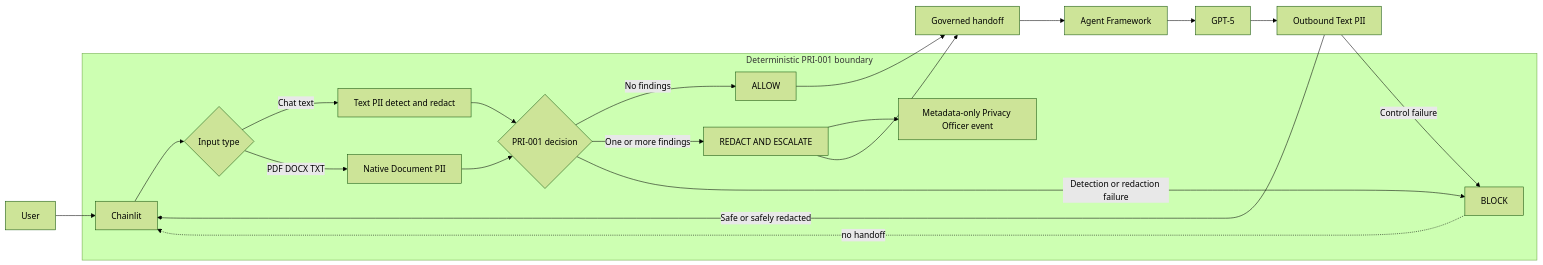
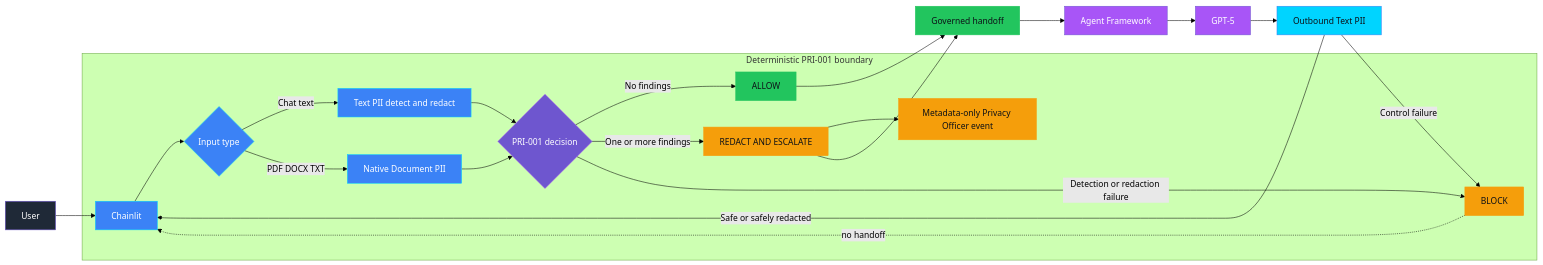
The first of 2 diagrams in controls/privacy/PRI-001_pii_exposure/README.md (doruit/forged-with-foundry), drawn with Mermaid (forest theme) before and after one commit. The commit also changed other lines of this file and 167 other files, not shown here.

````diff
--- a/controls/privacy/PRI-001_pii_exposure/README.md
+++ b/controls/privacy/PRI-001_pii_exposure/README.md
@@ -48,25 +56,40 @@
 ```mermaid
 flowchart LR
     U[User] --> UI[Chainlit]
 
     subgraph B[Deterministic PRI-001 boundary]
         UI --> T{Input type}
         T -->|Chat text| TP[Text PII detect and redact]
         T -->|PDF DOCX TXT| DP[Native Document PII]
         TP --> P{PRI-001 decision}
         DP --> P
         P -->|No findings| A[ALLOW]
         P -->|One or more findings| RE[REDACT AND ESCALATE]
         P -->|Detection or redaction failure| BL[BLOCK]
         RE --> ES[Metadata-only Privacy Officer event]
     end
 
     A --> H[Governed handoff]
     RE --> H
     BL -. no handoff .-> UI
     H --> AF[Agent Framework]
     AF --> M[GPT-5]
     M --> OP[Outbound Text PII]
     OP -->|Safe or safely redacted| UI
     OP -->|Control failure| BL
+
+    classDef governance fill:#6E56CF,stroke:#A855F7,color:#FFFFFF
+    classDef platform fill:#3B82F6,stroke:#00D4FF,color:#FFFFFF
+    classDef evidence fill:#00D4FF,stroke:#3B82F6,color:#0D1117
+    classDef intelligence fill:#A855F7,stroke:#6E56CF,color:#FFFFFF
+    classDef neutral fill:#1F2937,stroke:#6E56CF,color:#FFFFFF
+    classDef success fill:#22C55E,stroke:#22C55E,color:#0D1117
+    classDef attention fill:#F59E0B,stroke:#F59E0B,color:#0D1117
+    class U neutral
+    class UI,T,TP,DP platform
+    class P governance
+    class A,H success
+    class RE,BL,ES attention
+    class AF,M intelligence
+    class OP evidence
 ```
````
